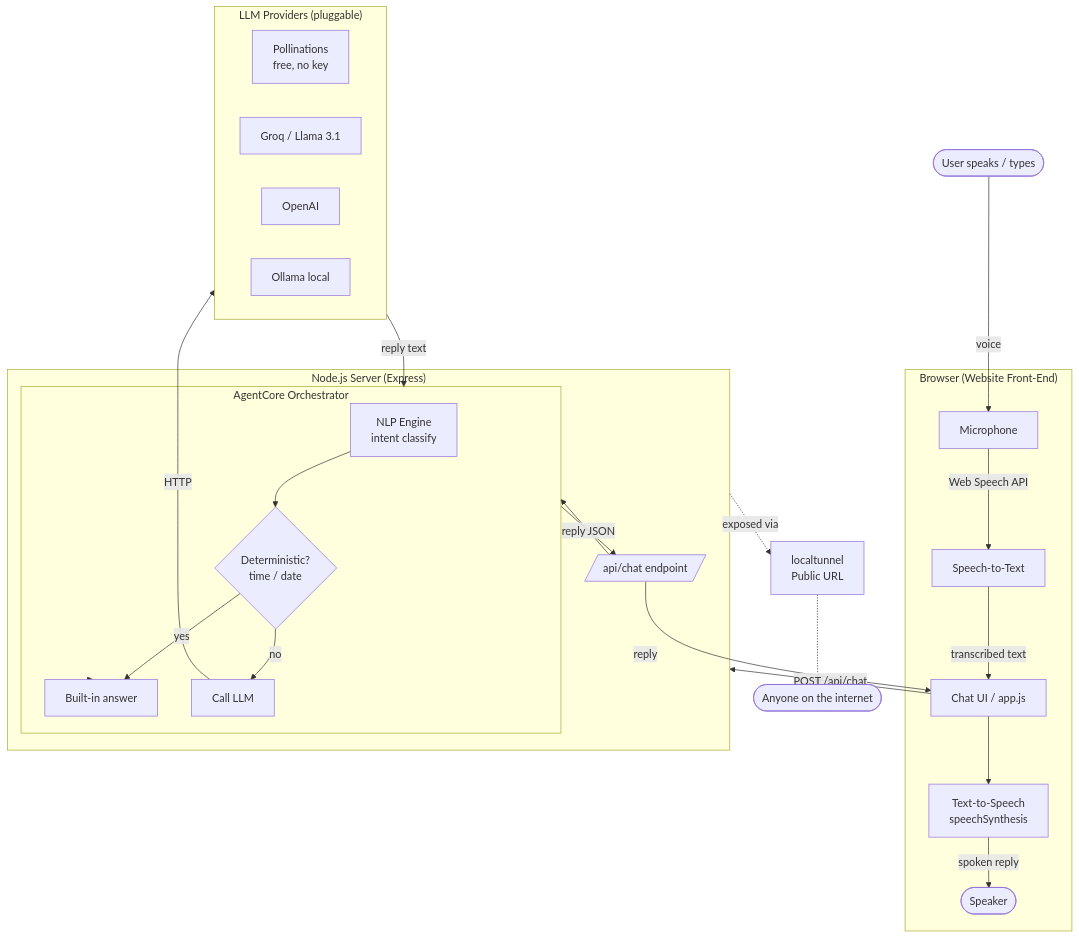
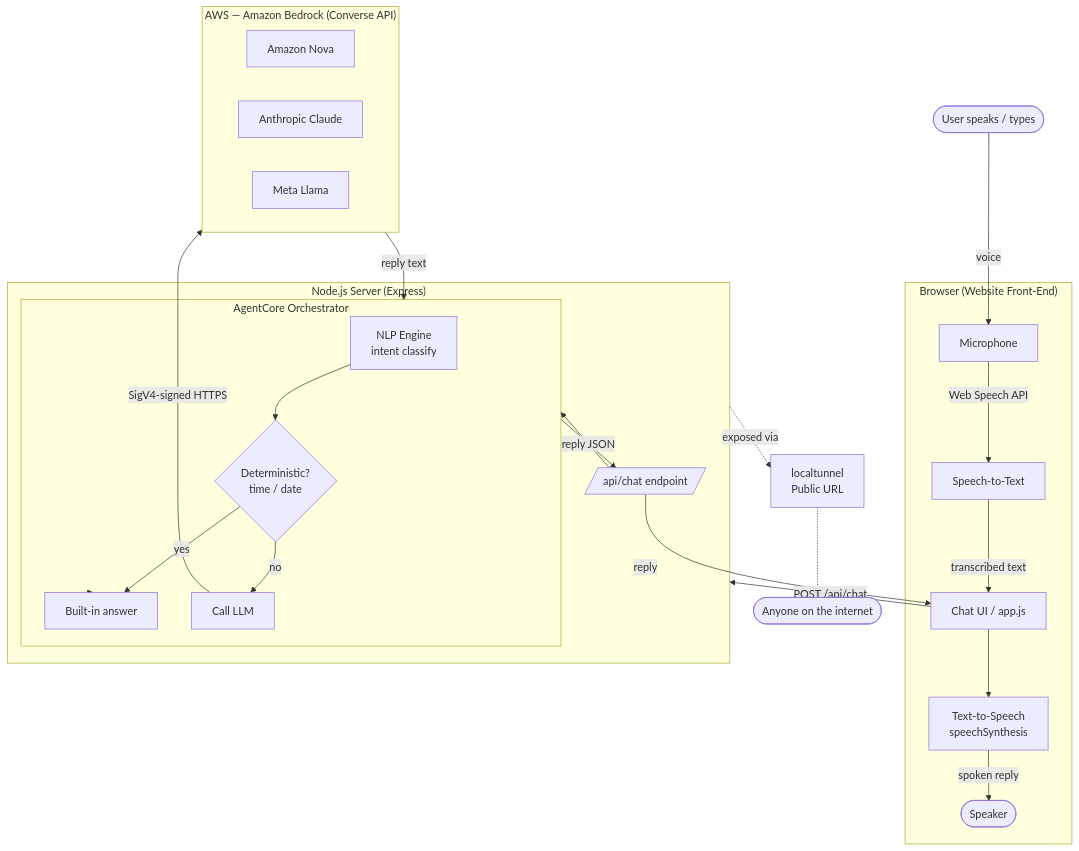
The diagram in docs/ARCHITECTURE.md (sharmila2719/ai-voice-chatbox-agentcore), drawn with Mermaid before and after one commit. The commit also changed other lines of this file and 12 other files, not shown here.

Commit message:
Rebrand to AI ChatBot; add pause button; switch LLM to AWS Amazon Bedrock (SigV4, no SDK), keeping AgentCore + NLP

````diff
--- a/docs/ARCHITECTURE.md
+++ b/docs/ARCHITECTURE.md
@@ -12,39 +12,38 @@
 ```mermaid
 flowchart TD
     User([User speaks / types]) -->|voice| Mic
 
     subgraph Browser["Browser (Website Front-End)"]
         Mic[Microphone] -->|Web Speech API| STT[Speech-to-Text]
         STT -->|transcribed text| UI[Chat UI / app.js]
         TTS[Text-to-Speech<br/>speechSynthesis] -->|spoken reply| Speaker([Speaker])
     end
 
     UI -->|POST /api/chat| Server
 
     subgraph Server["Node.js Server (Express)"]
         API[/api/chat endpoint/] --> Agent
         subgraph Agent["AgentCore Orchestrator"]
             NLP[NLP Engine<br/>intent classify] --> Decide{Deterministic?<br/>time / date}
             Decide -->|yes| Local[Built-in answer]
             Decide -->|no| LLMCall[Call LLM]
         end
     end
 
-    LLMCall -->|HTTP| LLM
+    LLMCall -->|SigV4-signed HTTPS| LLM
 
-    subgraph LLM["LLM Providers (pluggable)"]
-        Poll[Pollinations<br/>free, no key]
-        Groq[Groq / Llama 3.1]
-        OpenAI[OpenAI]
-        Ollama[Ollama local]
+    subgraph LLM["AWS — Amazon Bedrock (Converse API)"]
+        Nova[Amazon Nova]
+        Claude[Anthropic Claude]
+        Llama[Meta Llama]
     end
 
     LLM -->|reply text| Agent
     Local --> Agent
     Agent -->|reply JSON| API
     API -->|reply| UI
     UI --> TTS
 
     Server -. exposed via .-> Tunnel[localtunnel<br/>Public URL]
     Tunnel -.-> Internet([Anyone on the internet])
 ```
````
